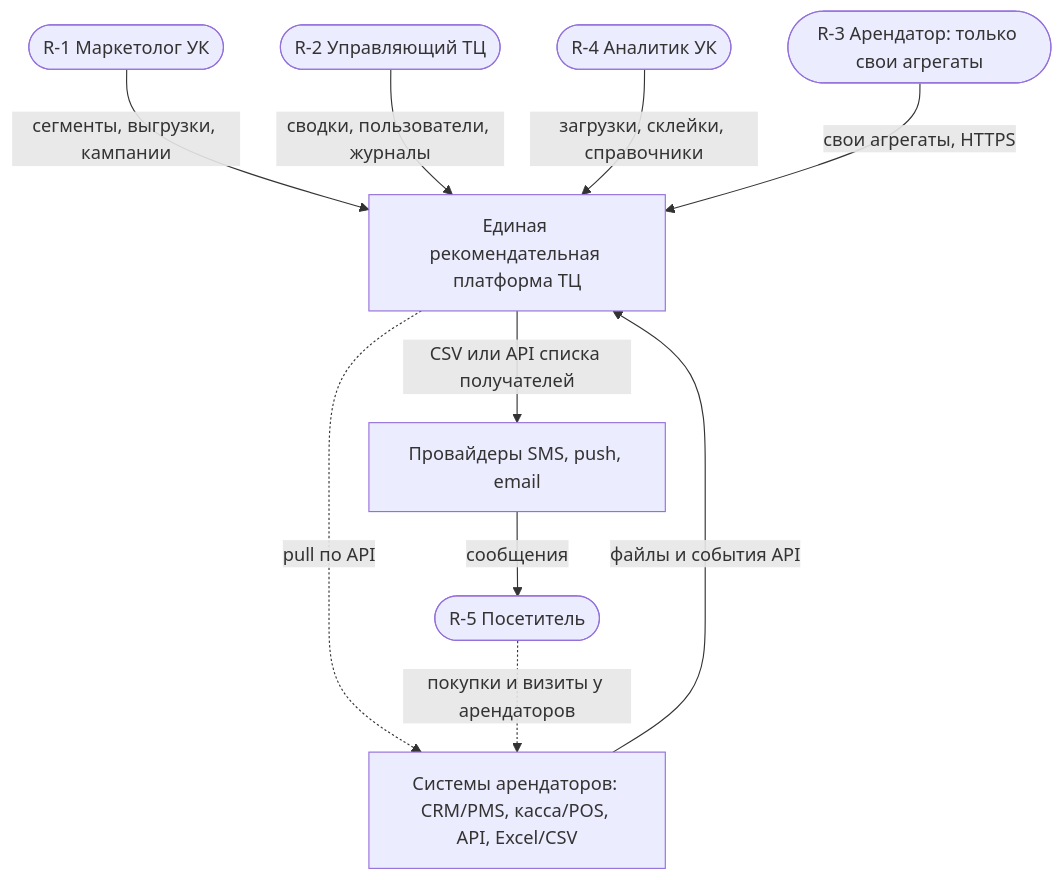
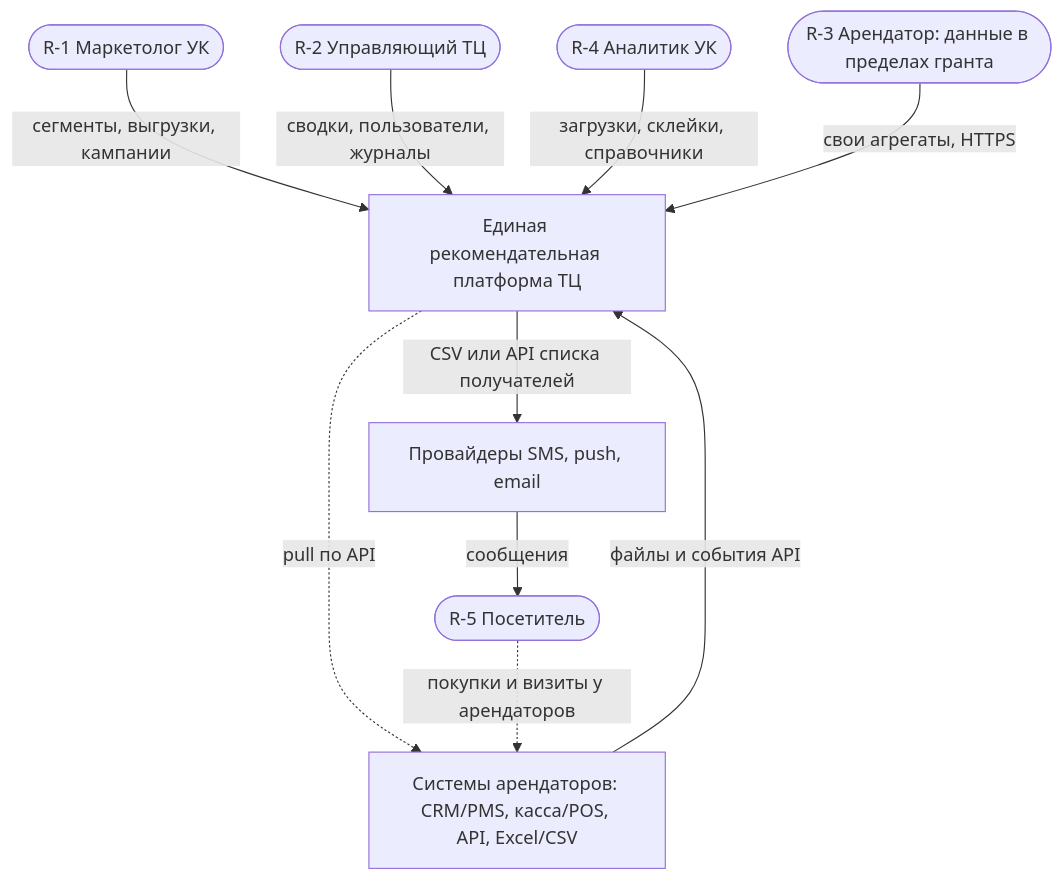
Before and after one commit to MangriMen/UCRP: the first of 5 diagrams in docs/design/12-c4.md, drawn with Mermaid. The commit also changed other lines of this file and 10 other files, not shown here.

````diff
--- a/docs/design/12-c4.md
+++ b/docs/design/12-c4.md
@@ -7,20 +7,20 @@
 ```mermaid
 flowchart TB
   R1(["R-1 Маркетолог УК"])
   R2(["R-2 Управляющий ТЦ"])
   R4(["R-4 Аналитик УК"])
-  R3(["R-3 Арендатор: только свои агрегаты"])
+  R3(["R-3 Арендатор: данные в пределах гранта"])
   R5(["R-5 Посетитель"])
   P["Единая рекомендательная платформа ТЦ"]
   TS["Системы арендаторов: CRM/PMS, касса/POS, API, Excel/CSV"]
   PR["Провайдеры SMS, push, email"]
   R1 -->|"сегменты, выгрузки, кампании"| P
   R2 -->|"сводки, пользователи, журналы"| P
   R4 -->|"загрузки, склейки, справочники"| P
   R3 -->|"свои агрегаты, HTTPS"| P
   TS -->|"файлы и события API"| P
   P -.->|"pull по API"| TS
   P -->|"CSV или API списка получателей"| PR
   PR -->|"сообщения"| R5
   R5 -.->|"покупки и визиты у арендаторов"| TS
 ```
````
